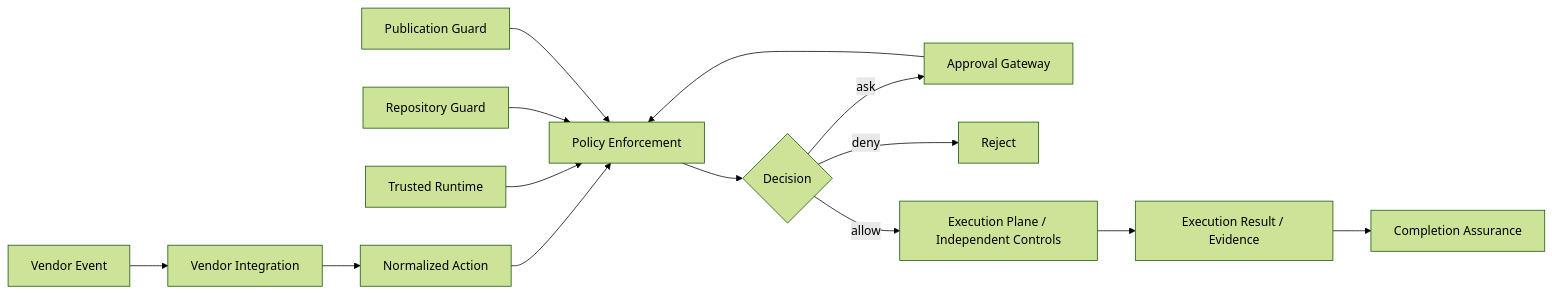
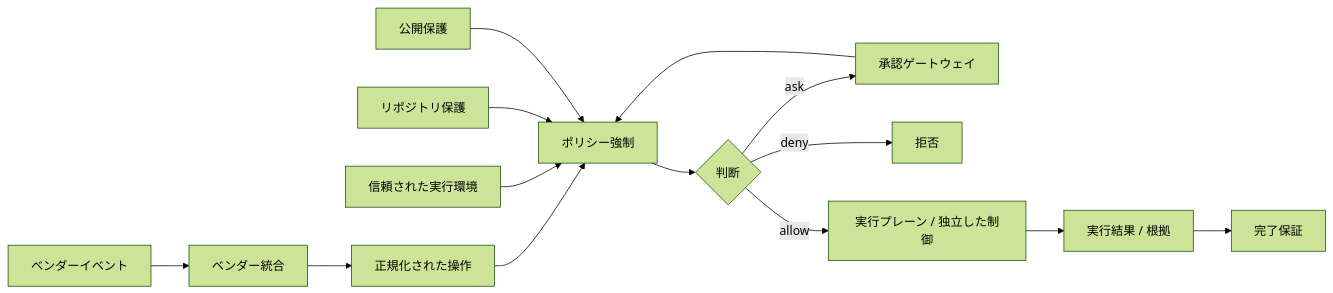
One commit to tomo-chan/agent-harness changed the first of 2 diagrams in docs/spec/agent-harness-spec.ja.md. Above: the diagram before and after it, drawn with Mermaid (forest theme). The commit also changed other lines of this file and 1 other file, not shown here.

````diff
--- a/docs/spec/agent-harness-spec.ja.md
+++ b/docs/spec/agent-harness-spec.ja.md
@@ -64,16 +64,16 @@
 ```mermaid
 flowchart LR
-    V[Vendor Event] --> A[Vendor Integration]
-    A --> N[Normalized Action]
-    N --> P[Policy Enforcement]
-    T[Trusted Runtime] --> P
-    R[Repository Guard] --> P
-    U[Publication Guard] --> P
-    P --> D{Decision}
-    D -->|ask| G[Approval Gateway]
+    V[ベンダーイベント] --> A[ベンダー統合]
+    A --> N[正規化された操作]
+    N --> P[ポリシー強制]
+    T[信頼された実行環境] --> P
+    R[リポジトリ保護] --> P
+    U[公開保護] --> P
+    P --> D{判断}
+    D -->|ask| G[承認ゲートウェイ]
     G --> P
-    D -->|deny| X[Reject]
-    D -->|allow| E[Execution Plane / Independent Controls]
-    E --> F[Execution Result / Evidence]
-    F --> C[Completion Assurance]
+    D -->|deny| X[拒否]
+    D -->|allow| E[実行プレーン / 独立した制御]
+    E --> F[実行結果 / 根拠]
+    F --> C[完了保証]
 ```
````
